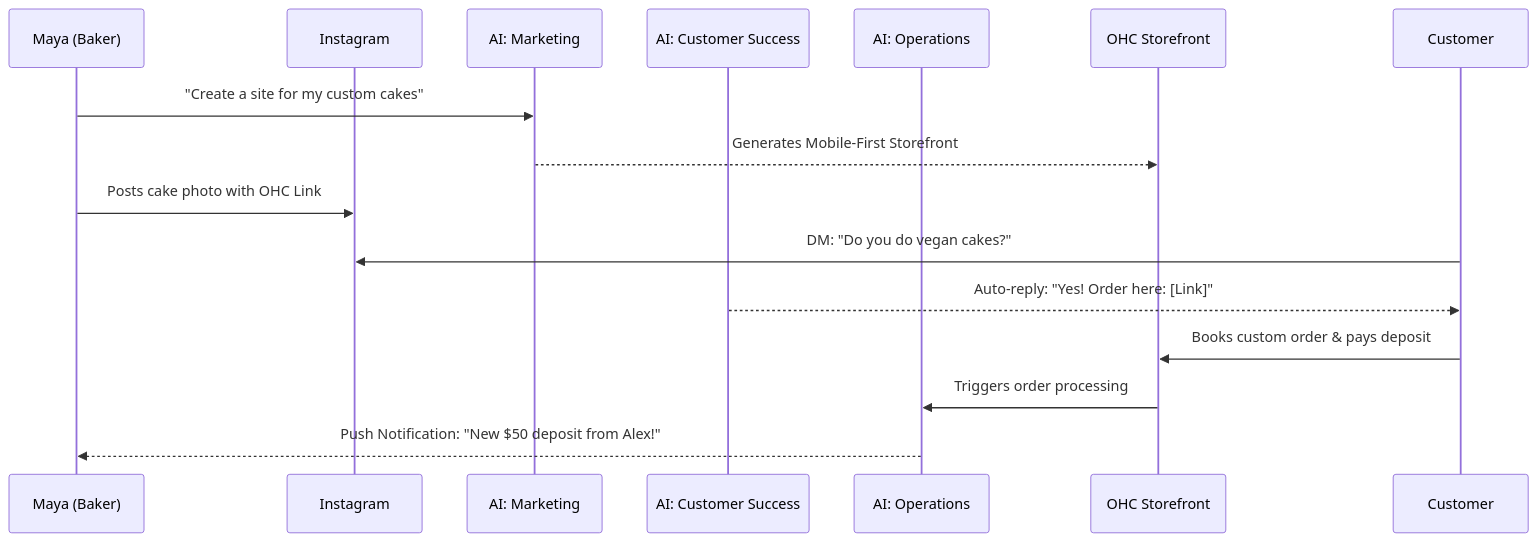
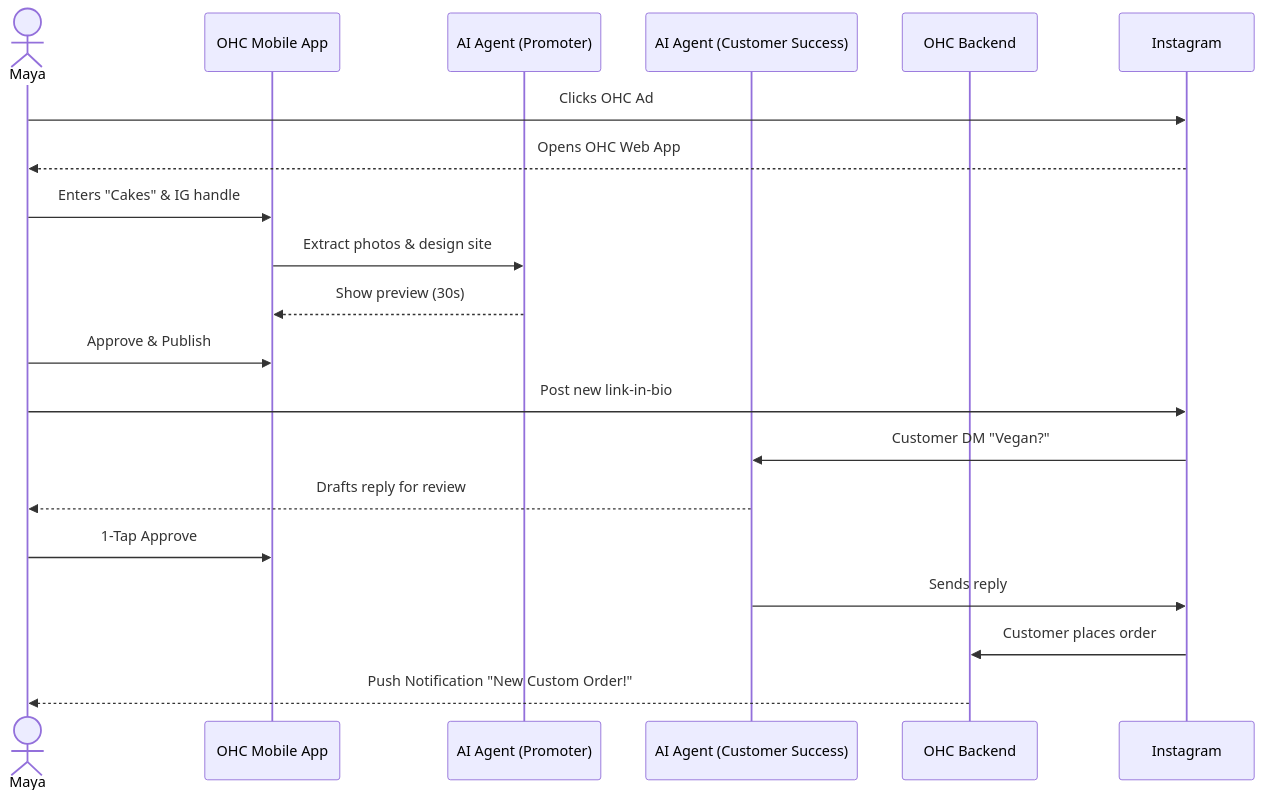
One commit to omnisolo-llc/onehumancorp changed the first of 5 diagrams in docs/architecture/ohc_business_journey_architecture.md. Above: the diagram before and after it, drawn with Mermaid. The commit also changed other lines of this file, not shown here.

First line of the commit message:
🔨 Forge: Business Journey Architecture Design Doc (#14207)

````diff
--- a/docs/architecture/ohc_business_journey_architecture.md
+++ b/docs/architecture/ohc_business_journey_architecture.md
@@ -49,18 +18,23 @@
 ```mermaid
 sequenceDiagram
-    participant Maya as Maya (Baker)
-    participant IG as Instagram
-    participant Promoter as AI: Marketing
-    participant CS as AI: Customer Success
-    participant Op as AI: Operations
-    participant Store as OHC Storefront
+    actor Maya
+    participant OHC Mobile App
+    participant AI Agent (Promoter)
+    participant AI Agent (Customer Success)
+    participant OHC Backend
+    participant Instagram
 
-    Maya->>Promoter: "Create a site for my custom cakes"
-    Promoter-->>Store: Generates Mobile-First Storefront
-    Maya->>IG: Posts cake photo with OHC Link
-    Customer->>IG: DM: "Do you do vegan cakes?"
-    CS-->>Customer: Auto-reply: "Yes! Order here: [Link]"
-    Customer->>Store: Books custom order & pays deposit
-    Store->>Op: Triggers order processing
-    Op-->>Maya: Push Notification: "New $50 deposit from Alex!"
+    Maya->>Instagram: Clicks OHC Ad
+    Instagram-->>Maya: Opens OHC Web App
+    Maya->>OHC Mobile App: Enters "Cakes" & IG handle
+    OHC Mobile App->>AI Agent (Promoter): Extract photos & design site
+    AI Agent (Promoter)-->>OHC Mobile App: Show preview (30s)
+    Maya->>OHC Mobile App: Approve & Publish
+    Maya->>Instagram: Post new link-in-bio
+    Instagram->>AI Agent (Customer Success): Customer DM "Vegan?"
+    AI Agent (Customer Success)-->>Maya: Drafts reply for review
+    Maya->>OHC Mobile App: 1-Tap Approve
+    AI Agent (Customer Success)->>Instagram: Sends reply
+    Instagram->>OHC Backend: Customer places order
+    OHC Backend-->>Maya: Push Notification "New Custom Order!"
 ```
````
